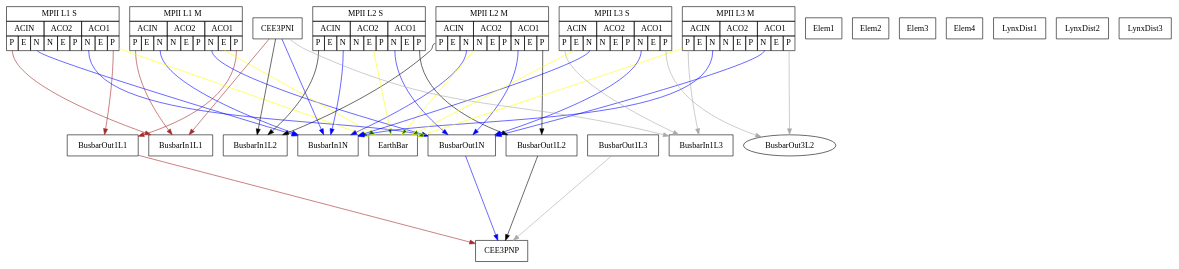
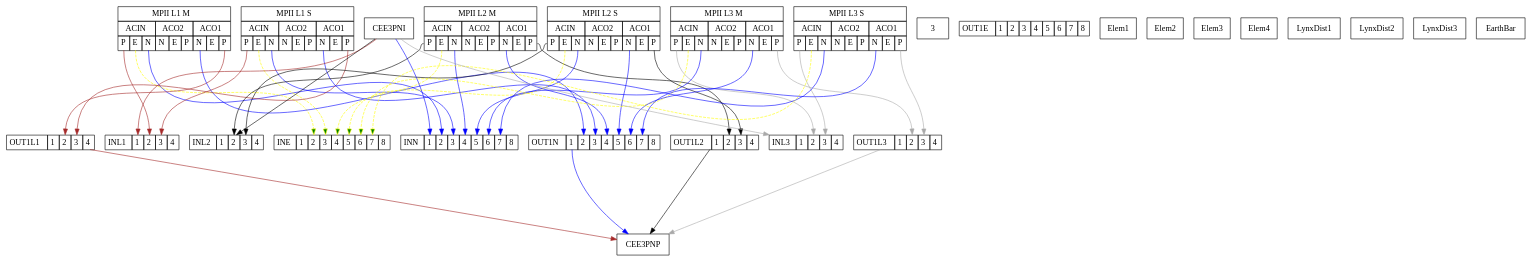
Before and after one commit to ardje/ElektromosHaz: the diagram in graphviz/essphase1.dot, drawn with Graphviz. The commit also changed other lines of this file and 3 other files, not shown here.

Commit message:
try graphiz

```diff
--- a/graphviz/essphase1.dot
+++ b/graphviz/essphase1.dot
@@ -1,10 +1,12 @@
 digraph Power {
+	splines = true;
 	graph [
 		rankdir ="TB"
 		ranksep ="2"
 	];
-{
-	node [ shape=rectangle ];
+	{
+		node [ shape="rectangle" ];
+
 	VML1M [ pos="0,10!" shape=plain label=<
 <TABLE BORDER="0" CELLBORDER="1" CELLSPACING="0" CELLPADDING="4">
 <TR> <TD COLSPAN="9">MPII L1 M</TD> </TR>
@@ -25,7 +27,8 @@
 <TD PORT="ACO1P">P</TD>
 </TR>
 </TABLE>>];
-	VML1S [ pos="1,10!" shape=plain label=<
+
+	VML1S [ pos="3,10!" shape=plain label=<
 <TABLE BORDER="0" CELLBORDER="1" CELLSPACING="0" CELLPADDING="4">
 <TR> <TD COLSPAN="9">MPII L1 S</TD> </TR>
 <TR>
@@ -45,7 +48,8 @@
 <TD PORT="ACO1P">P</TD>
 </TR>
 </TABLE>>];
-	VML2M [ pos="2,10!" shape=plain label=<
+
+	VML2M [ pos="6,10!" shape=plain label=<
 <TABLE BORDER="0" CELLBORDER="1" CELLSPACING="0" CELLPADDING="4">
 <TR> <TD COLSPAN="9">MPII L2 M</TD> </TR>
 <TR>
@@ -65,7 +69,8 @@
 <TD PORT="ACO1P">P</TD>
 </TR>
 </TABLE>>];
-	VML2S [ pos="3,10!" shape=plain label=<
+
+	VML2S [ pos="9,10!" shape=plain label=<
 <TABLE BORDER="0" CELLBORDER="1" CELLSPACING="0" CELLPADDING="4">
 <TR> <TD COLSPAN="9">MPII L2 S</TD> </TR>
 <TR>
@@ -85,7 +90,8 @@
 <TD PORT="ACO1P">P</TD>
 </TR>
 </TABLE>>];
-	VML3M [ pos="4,10!" shape=plain label=<
+
+	VML3M [ pos="12,10!" shape=plain label=<
 <TABLE BORDER="0" CELLBORDER="1" CELLSPACING="0" CELLPADDING="4">
 <TR> <TD COLSPAN="9">MPII L3 M</TD> </TR>
 <TR>
@@ -105,7 +111,8 @@
 <TD PORT="ACO1P">P</TD>
 </TR>
 </TABLE>>];
-	VML3S [ pos="5,10!" shape=plain label=<
+
+	VML3S [ pos="15,10!" shape=plain label=<
 <TABLE BORDER="0" CELLBORDER="1" CELLSPACING="0" CELLPADDING="4">
 <TR> <TD COLSPAN="9">MPII L3 S</TD> </TR>
 <TR>
@@ -125,18 +132,71 @@
 <TD PORT="ACO1P">P</TD>
 </TR>
 </TABLE>>];
+
+	INL1 [ pos="0,2!" shape=plain label=<
+<TABLE BORDER="0" CELLBORDER="1" CELLSPACING="0" CELLPADDING="4">
+<TR> <TD>INL1</TD>
+<TD PORT="1">1</TD><TD PORT="2">2</TD><TD PORT="3">3</TD><TD PORT="4">4</TD>	</TR>
+	</TABLE> >];
+		3
+	INL2 [ pos="1,3!" shape=plain label=<
+<TABLE BORDER="0" CELLBORDER="1" CELLSPACING="0" CELLPADDING="4">
+<TR> <TD>INL2</TD>
+<TD PORT="1">1</TD><TD PORT="2">2</TD><TD PORT="3">3</TD><TD PORT="4">4</TD>	</TR>
+	</TABLE> >];
+		3
+	INL3 [ pos="2,4!" shape=plain label=<
+<TABLE BORDER="0" CELLBORDER="1" CELLSPACING="0" CELLPADDING="4">
+<TR> <TD>INL3</TD>
+<TD PORT="1">1</TD><TD PORT="2">2</TD><TD PORT="3">3</TD><TD PORT="4">4</TD>	</TR>
+	</TABLE> >];
+		3
+	INN [ pos="3,5!" shape=plain label=<
+<TABLE BORDER="0" CELLBORDER="1" CELLSPACING="0" CELLPADDING="4">
+<TR> <TD>INN</TD>
+<TD PORT="1">1</TD><TD PORT="2">2</TD><TD PORT="3">3</TD><TD PORT="4">4</TD><TD PORT="5">5</TD><TD PORT="6">6</TD><TD PORT="7">7</TD><TD PORT="8">8</TD>	</TR>
+	</TABLE> >];
+		3
+	INE [ pos="4,6!" shape=plain label=<
+<TABLE BORDER="0" CELLBORDER="1" CELLSPACING="0" CELLPADDING="4">
+<TR> <TD>INE</TD>
+<TD PORT="1">1</TD><TD PORT="2">2</TD><TD PORT="3">3</TD><TD PORT="4">4</TD><TD PORT="5">5</TD><TD PORT="6">6</TD><TD PORT="7">7</TD><TD PORT="8">8</TD>	</TR>
+	</TABLE> >];
+		3
+	OUT1L1 [ pos="5,2!" shape=plain label=<
+<TABLE BORDER="0" CELLBORDER="1" CELLSPACING="0" CELLPADDING="4">
+<TR> <TD>OUT1L1</TD>
+<TD PORT="1">1</TD><TD PORT="2">2</TD><TD PORT="3">3</TD><TD PORT="4">4</TD>	</TR>
+	</TABLE> >];
+		3
+	OUT1L2 [ pos="6,3!" shape=plain label=<
+<TABLE BORDER="0" CELLBORDER="1" CELLSPACING="0" CELLPADDING="4">
+<TR> <TD>OUT1L2</TD>
+<TD PORT="1">1</TD><TD PORT="2">2</TD><TD PORT="3">3</TD><TD PORT="4">4</TD>	</TR>
+	</TABLE> >];
+		3
+	OUT1L3 [ pos="7,4!" shape=plain label=<
+<TABLE BORDER="0" CELLBORDER="1" CELLSPACING="0" CELLPADDING="4">
+<TR> <TD>OUT1L3</TD>
+<TD PORT="1">1</TD><TD PORT="2">2</TD><TD PORT="3">3</TD><TD PORT="4">4</TD>	</TR>
+	</TABLE> >];
+		3
+	OUT1N [ pos="8,5!" shape=plain label=<
+<TABLE BORDER="0" CELLBORDER="1" CELLSPACING="0" CELLPADDING="4">
+<TR> <TD>OUT1N</TD>
+<TD PORT="1">1</TD><TD PORT="2">2</TD><TD PORT="3">3</TD><TD PORT="4">4</TD><TD PORT="5">5</TD><TD PORT="6">6</TD><TD PORT="7">7</TD><TD PORT="8">8</TD>	</TR>
+	</TABLE> >];
+		3
+	OUT1E [ pos="9,6!" shape=plain label=<
+<TABLE BORDER="0" CELLBORDER="1" CELLSPACING="0" CELLPADDING="4">
+<TR> <TD>OUT1E</TD>
+<TD PORT="1">1</TD><TD PORT="2">2</TD><TD PORT="3">3</TD><TD PORT="4">4</TD><TD PORT="5">5</TD><TD PORT="6">6</TD><TD PORT="7">7</TD><TD PORT="8">8</TD>	</TR>
+	</TABLE> >];
+		3
 	Elem1
 	Elem2
 	Elem3
 	Elem4
-	BusbarIn1L1 [ pos="0,2!" ];
-	BusbarIn1L2 [ pos="1,3!" ];
-	BusbarIn1L3 [ pos="2,4!" ];
-	BusbarIn1N [ pos="3,5!" ];
-	BusbarOut1L1
-	BusbarOut1L2
-	BusbarOut1L3
-	BusbarOut1N
 	CEE3PNI
 	CEE3PNP
 	LynxDist1
@@ -146,55 +206,55 @@
 	}
 	{
 		edge [ color = "brown" ]
-	CEE3PNI->BusbarIn1L1
-	VML1M:ACINP->BusbarIn1L1
-	VML1S:ACINP->BusbarIn1L1
-	VML1M:ACO1P->BusbarOut1L1
-	VML1S:ACO1P->BusbarOut1L1
-	BusbarOut1L1->CEE3PNP
+	CEE3PNI->INL1:1
+	VML1M:ACINP->INL1:2
+	VML1S:ACINP->INL1:3
+	VML1M:ACO1P->OUT1L1:2
+	VML1S:ACO1P->OUT1L1:3
+	OUT1L1->CEE3PNP
 	}
 	{
 		edge [ color = "black" ]
-	CEE3PNI->BusbarIn1L2
-	VML2M:ACINP->BusbarIn1L2
-	VML2S:ACINP->BusbarIn1L2
-	VML2M:ACO1P->BusbarOut1L2
-	VML2S:ACO1P->BusbarOut1L2
-	BusbarOut1L2->CEE3PNP
+	CEE3PNI->INL2
+	VML2M:ACINP->INL2:2
+	VML2S:ACINP->INL2:3
+	VML2M:ACO1P->OUT1L2:2
+	VML2S:ACO1P->OUT1L2:3
+	OUT1L2->CEE3PNP
 	}
 	{
 		edge [ color = "darkgray" ]
-	CEE3PNI->BusbarIn1L3
-	VML3M:ACINP->BusbarIn1L3
-	VML3S:ACINP->BusbarIn1L3
-	VML3M:ACO1P->BusbarOut3L2
-	VML3S:ACO1P->BusbarOut3L2
-	BusbarOut1L3->CEE3PNP
+	CEE3PNI->INL3
+	VML3M:ACINP->INL3:2
+	VML3S:ACINP->INL3:3
+	VML3M:ACO1P->OUT1L3:2
+	VML3S:ACO1P->OUT1L3:3
+	OUT1L3->CEE3PNP
 	}
 	{
 		edge [ color = "blue" ]
-		CEE3PNI->BusbarIn1N
-		VML1M:ACINN->BusbarIn1N
-		VML1S:ACINN->BusbarIn1N
-		VML2M:ACINN->BusbarIn1N
-		VML2S:ACINN->BusbarIn1N
-		VML3M:ACINN->BusbarIn1N
-		VML3S:ACINN->BusbarIn1N
-		VML1M:ACO1N->BusbarOut1N
-		VML1S:ACO1N->BusbarOut1N
-		VML2M:ACO1N->BusbarOut1N
-		VML2S:ACO1N->BusbarOut1N
-		VML3M:ACO1N->BusbarOut1N
-		VML3S:ACO1N->BusbarOut1N
-		BusbarOut1N->CEE3PNP
+		CEE3PNI->INN:1
+		VML1M:ACINN->INN:2
+		VML1S:ACINN->INN:3
+		VML2M:ACINN->INN:4
+		VML2S:ACINN->INN:5
+		VML3M:ACINN->INN:6
+		VML3S:ACINN->INN:7
+		VML1M:ACO1N->OUT1N:2
+		VML1S:ACO1N->OUT1N:3
+		VML2M:ACO1N->OUT1N:4
+		VML2S:ACO1N->OUT1N:5
+		VML3M:ACO1N->OUT1N:6
+		VML3S:ACO1N->OUT1N:7
+		OUT1N:1->CEE3PNP
 	}
 	{
-		edge [ stype="dashed" color = "yellow" fillcolor="green" ]
-		VML1M->EarthBar
-		VML1S->EarthBar
-		VML2M->EarthBar
-		VML2S->EarthBar
-		VML3M->EarthBar
-		VML3S->EarthBar
+		edge [ style="dashed" color = "yellow" fillcolor="green" ]
+		VML1M:ACINE->INE:2
+		VML1S:ACINE->INE:3
+		VML2M:ACINE->INE:4
+		VML2S:ACINE->INE:5
+		VML3M:ACINE->INE:6
+		VML3S:ACINE->INE:7
 	}
 }
```
